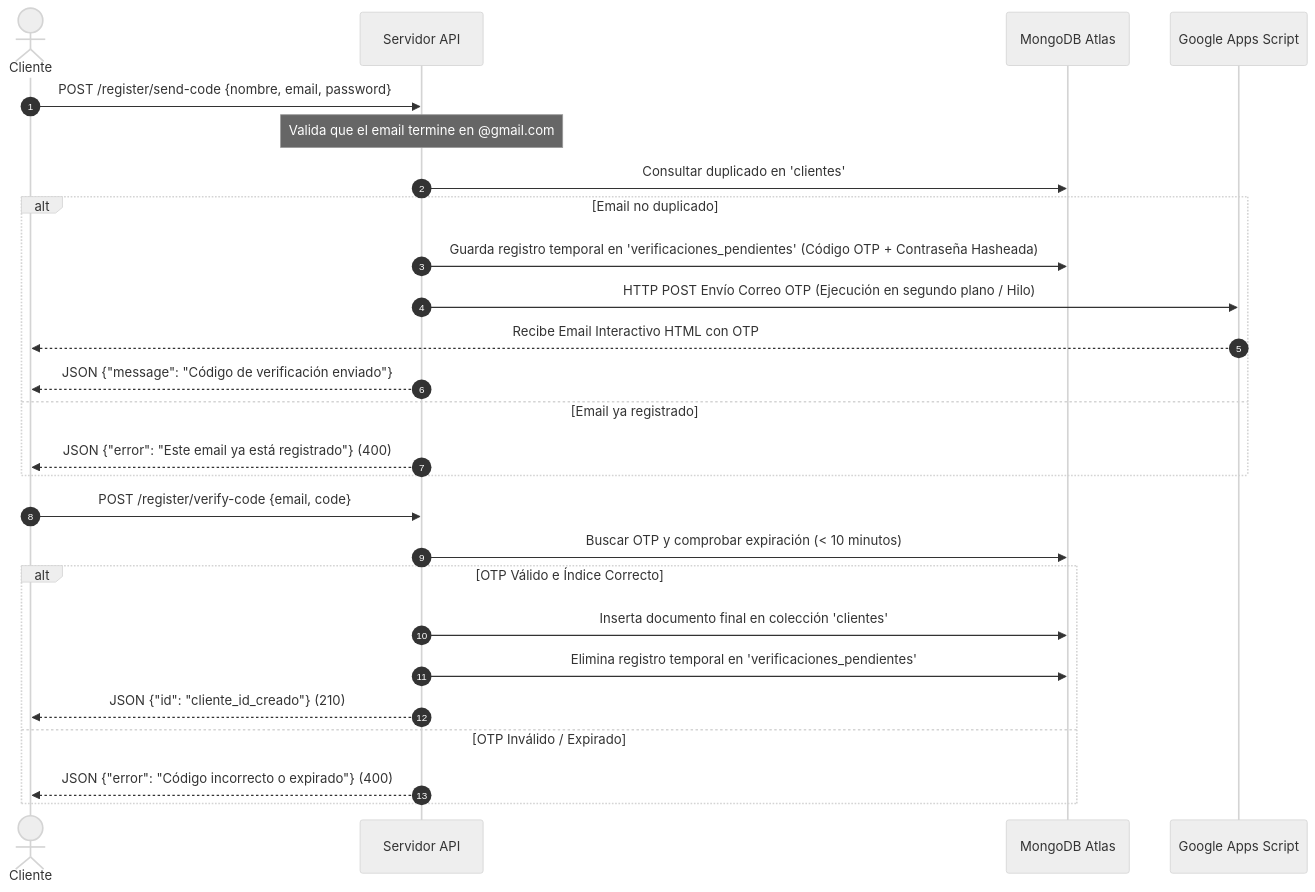
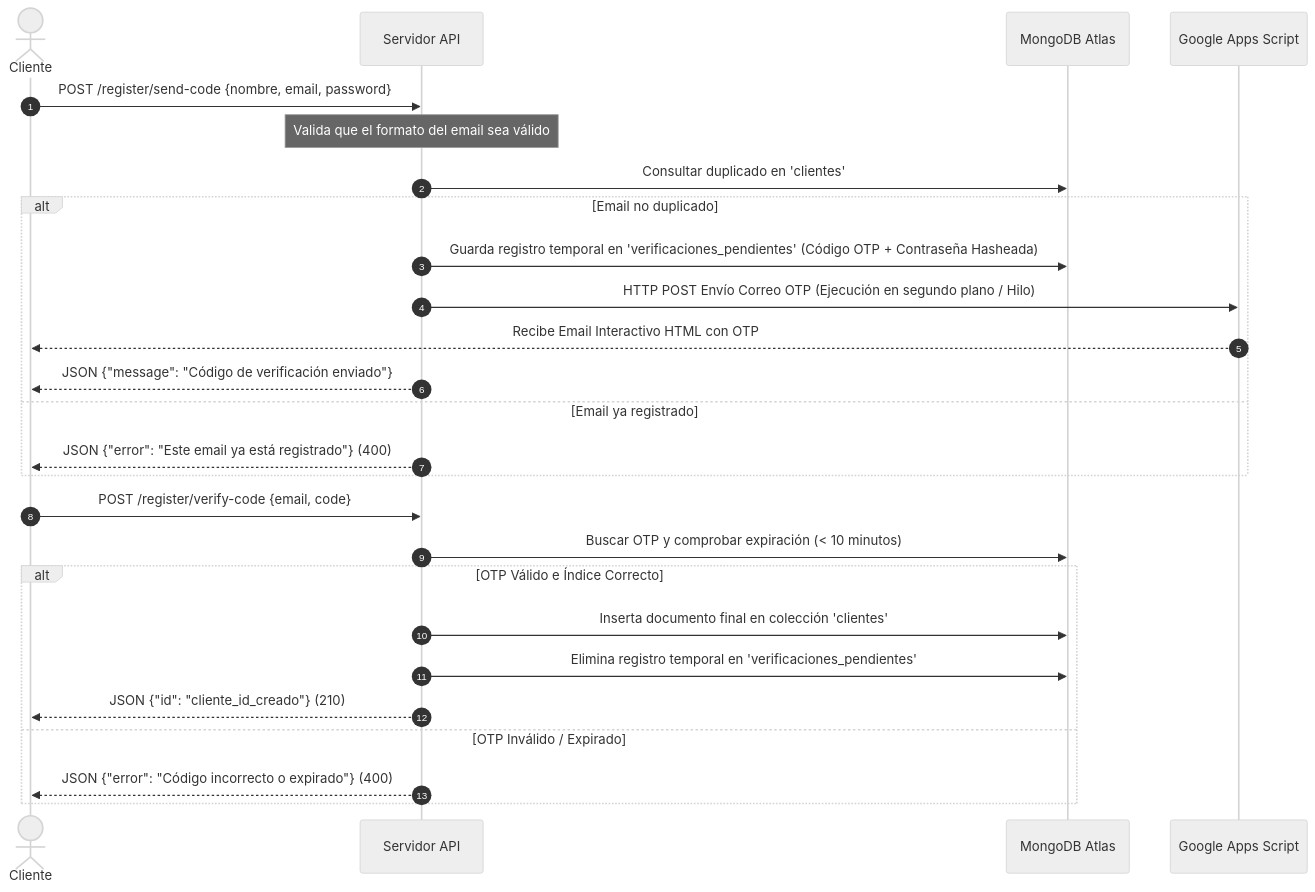
The second of 2 diagrams in README.md (spc1016/API-nutri-coach), drawn with Mermaid (neutral theme) before and after one commit. The commit also changed other lines of this file and 1 other file, not shown here.

Commit message:
login con cualquier dominio

````diff
--- a/README.md
+++ b/README.md
@@ -245,30 +245,30 @@
 ```mermaid
 sequenceDiagram
     autonumber
     actor Cliente
     participant API as Servidor API
     participant DB as MongoDB Atlas
     participant GAS as Google Apps Script
 
     Cliente->>API: POST /register/send-code {nombre, email, password}
-    Note over API: Valida que el email termine en @gmail.com
+    Note over API: Valida que el formato del email sea válido
     API->>DB: Consultar duplicado en 'clientes'
     alt Email no duplicado
         API->>DB: Guarda registro temporal en 'verificaciones_pendientes' (Código OTP + Contraseña Hasheada)
         API->>GAS: HTTP POST Envío Correo OTP (Ejecución en segundo plano / Hilo)
         GAS-->>Cliente: Recibe Email Interactivo HTML con OTP
         API-->>Cliente: JSON {"message": "Código de verificación enviado"}
     else Email ya registrado
         API-->>Cliente: JSON {"error": "Este email ya está registrado"} (400)
     end
 
     Cliente->>API: POST /register/verify-code {email, code}
     API->>DB: Buscar OTP y comprobar expiración (< 10 minutos)
     alt OTP Válido e Índice Correcto
         API->>DB: Inserta documento final en colección 'clientes'
         API->>DB: Elimina registro temporal en 'verificaciones_pendientes'
         API-->>Cliente: JSON {"id": "cliente_id_creado"} (210)
     else OTP Inválido / Expirado
         API-->>Cliente: JSON {"error": "Código incorrecto o expirado"} (400)
     end
 ```
````
